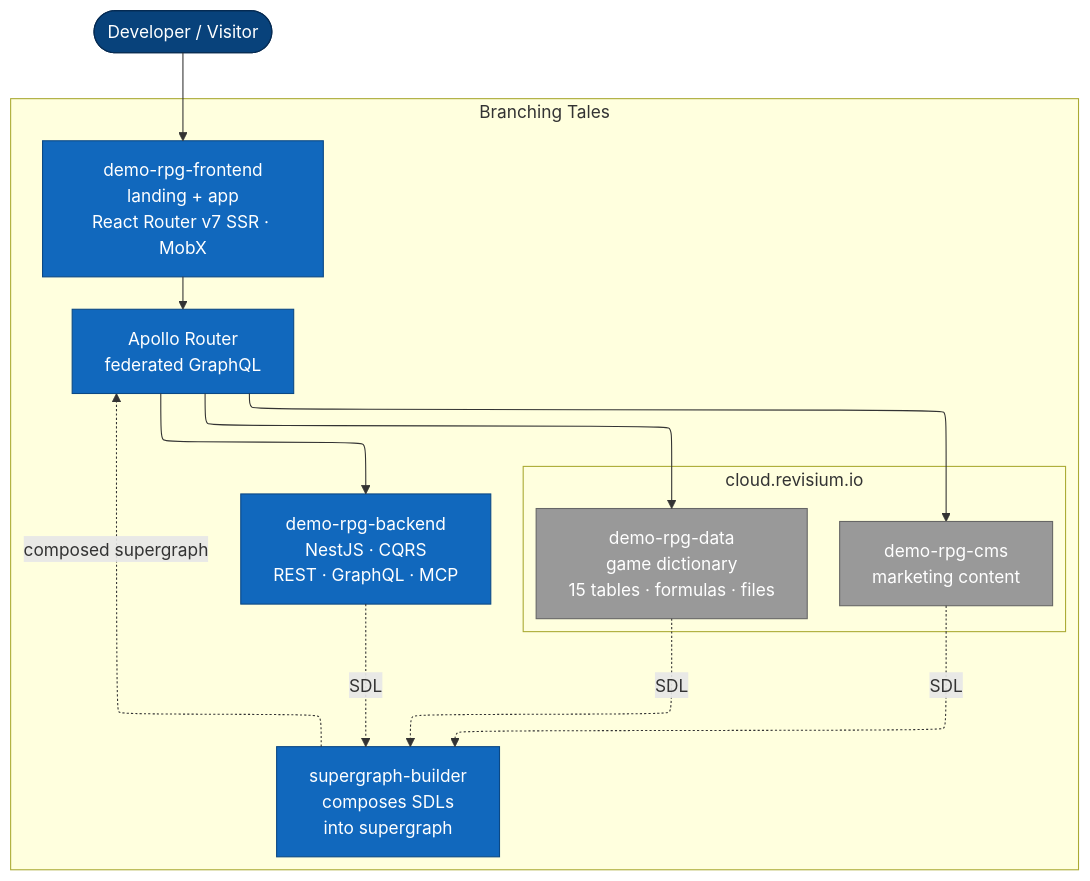
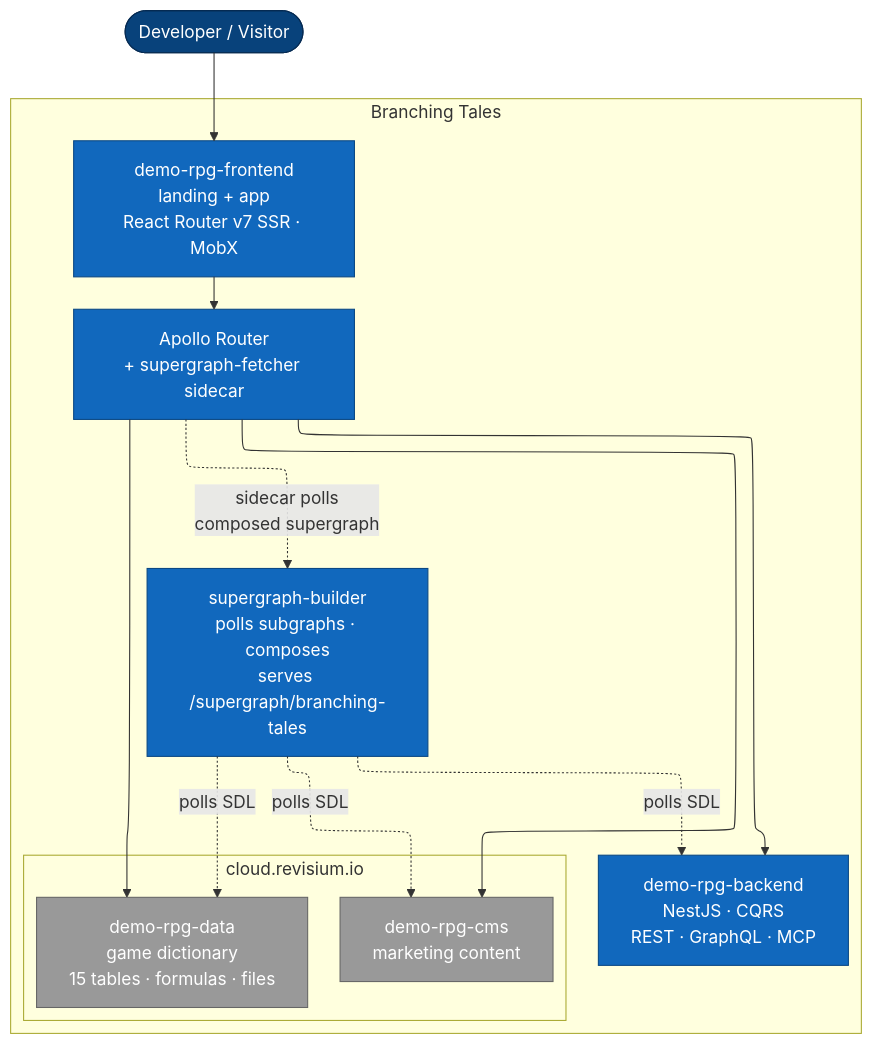
The diagram in README.md (revisium/demo-rpg-docs), drawn with Mermaid before and after one commit. The commit also changed other lines of this file and 6 other files, not shown here.

First line of the commit message:
Correct supergraph-builder runtime model (polling service, not CI)

````diff
--- a/README.md
+++ b/README.md
@@ -50,37 +50,37 @@
 ```mermaid
 %%{init: {"flowchart": {"defaultRenderer": "elk"}}}%%
 flowchart TB
   U(["Developer / Visitor"])
 
   subgraph demo["Branching Tales"]
     direction TB
 
     LAND["demo-rpg-frontend<br/>landing + app<br/>React Router v7 SSR · MobX"]
-    ROUTER["Apollo Router<br/>federated GraphQL"]
-    BUILDER["supergraph-builder<br/>composes SDLs<br/>into supergraph"]
+    ROUTER["Apollo Router<br/>+ supergraph-fetcher sidecar"]
+    BUILDER["supergraph-builder<br/>polls subgraphs · composes<br/>serves /supergraph/branching-tales"]
     BE["demo-rpg-backend<br/>NestJS · CQRS<br/>REST · GraphQL · MCP"]
 
     subgraph cloud["cloud.revisium.io"]
       direction TB
       DATA["demo-rpg-data<br/>game dictionary<br/>15 tables · formulas · files"]
       CMS["demo-rpg-cms<br/>marketing content"]
     end
   end
 
   U --> LAND
   LAND --> ROUTER
   ROUTER --> BE
   ROUTER --> DATA
   ROUTER --> CMS
-  BE -.->|SDL| BUILDER
-  DATA -.->|SDL| BUILDER
-  CMS -.->|SDL| BUILDER
-  BUILDER -.->|composed supergraph| ROUTER
+  BUILDER -.->|polls SDL| BE
+  BUILDER -.->|polls SDL| DATA
+  BUILDER -.->|polls SDL| CMS
+  ROUTER -.->|sidecar polls<br/>composed supergraph| BUILDER
 
   classDef container fill:#1168bd,stroke:#0b4884,color:#fff
   classDef external fill:#999,stroke:#666,color:#fff
   classDef person fill:#08427b,stroke:#052a52,color:#fff
   class LAND,ROUTER,BE,BUILDER container
   class DATA,CMS external
   class U person
 ```
````
